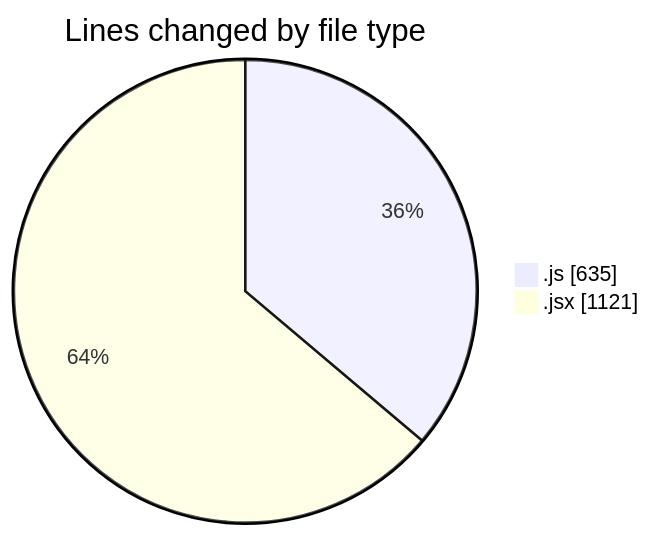
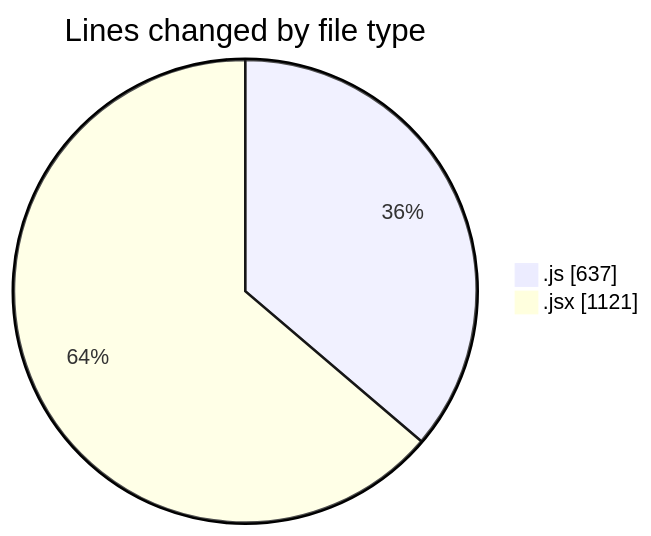
Before and after one commit to nxtqubesakshisongat/code-tracking: the first of 2 diagrams in 2025-07-02/argos/README.md, drawn with Mermaid. The commit also changed other lines of this file and 1 other file, not shown here.

````diff
--- a/2025-07-02/argos/README.md
+++ b/2025-07-02/argos/README.md
@@ -24,6 +24,6 @@
 ```mermaid
 pie showData
 title Lines changed by file type
-".js" : 635
+".js" : 637
 ".jsx" : 1121
 ```
````
